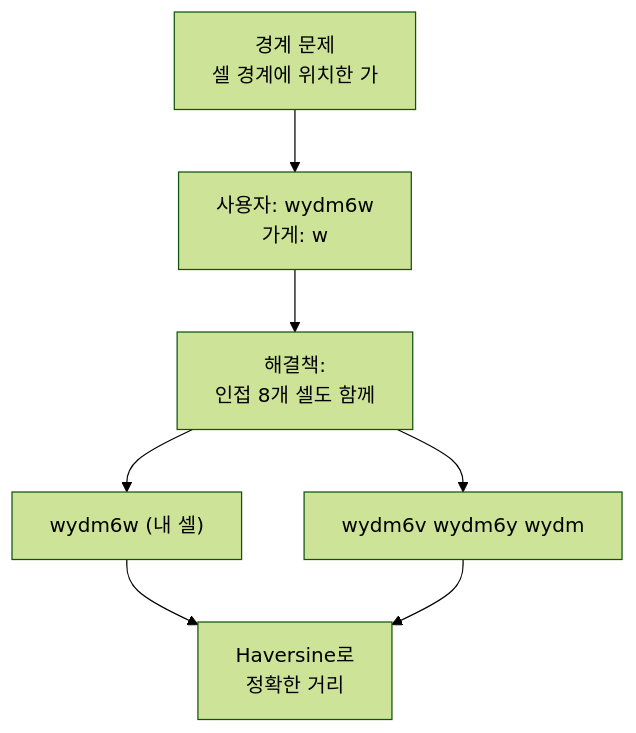
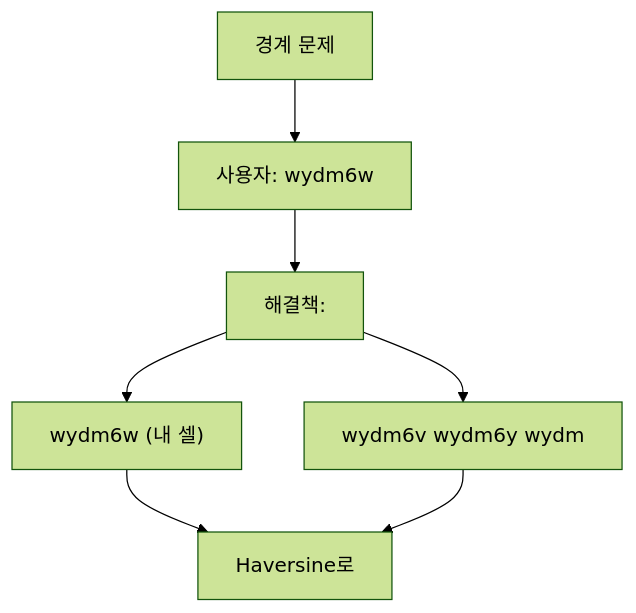
One commit to yjkim2015/yjkim2015.github.io changed the second of 9 diagrams in _posts/systemdesign/2026-05-03-system-design-location.md. Above: the diagram before and after it, drawn with Mermaid (forest theme). The commit also changed other lines of this file and 217 other files, not shown here.

First line of the commit message:
Mermaid 크기 수정: useMaxWidth:true + SVG max-width:100% + 라벨 축소

````diff
--- a/_posts/systemdesign/2026-05-03-system-design-location.md
+++ b/_posts/systemdesign/2026-05-03-system-design-location.md
@@ -147,10 +147,10 @@
 ```mermaid
 graph TD
-    Problem["경계 문제\n셀 경계에 위치한 가"]
-    Problem --> Ex["사용자: wydm6w\n가게: w"]
-    Ex --> Sol["해결책:\n인접 8개 셀도 함께"]
+    Problem["경계 문제"]
+    Problem --> Ex["사용자: wydm6w"]
+    Ex --> Sol["해결책:"]
     Sol --> N["wydm6w (내 셀)"]
     Sol --> Adj["wydm6v wydm6y wydm"]
-    N --> Filter["Haversine로\n정확한 거리"]
+    N --> Filter["Haversine로"]
     Adj --> Filter
 ```
````
